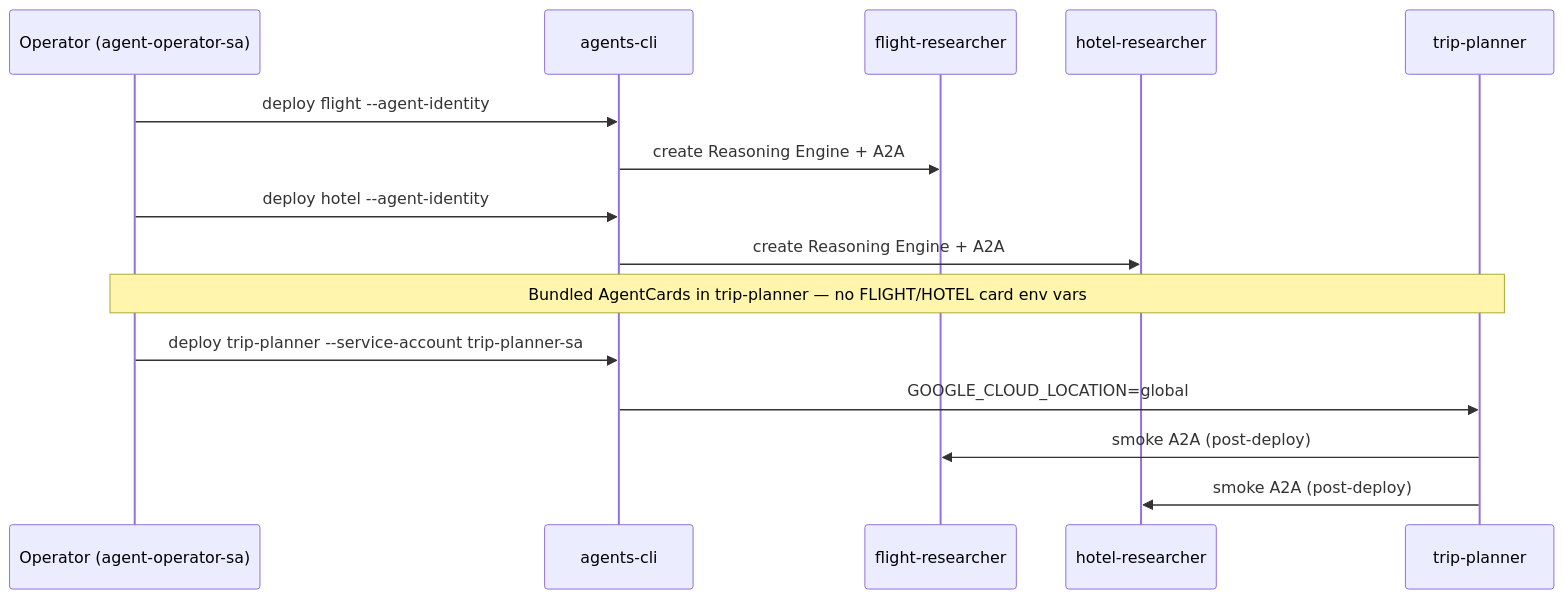
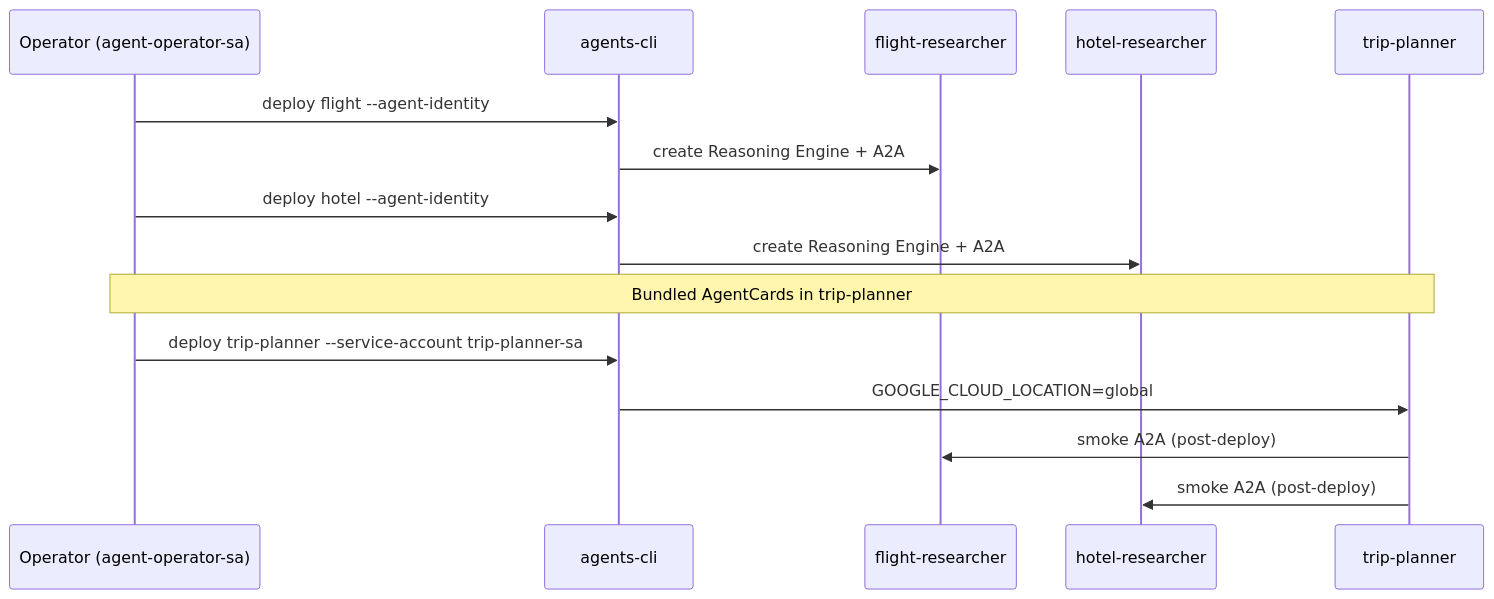
The second of 2 diagrams in docs/guides/02-iam-deploy.md (yu-iskw/agent-cli-demo), drawn with Mermaid before and after one commit. The commit also changed other lines of this file and 5 other files, not shown here.

````diff
--- a/docs/guides/02-iam-deploy.md
+++ b/docs/guides/02-iam-deploy.md
@@ -61,18 +134,18 @@
 ```mermaid
 sequenceDiagram
   participant Op as Operator (agent-operator-sa)
   participant CLI as agents-cli
   participant FR as flight-researcher
   participant HR as hotel-researcher
   participant TP as trip-planner
 
   Op->>CLI: deploy flight --agent-identity
   CLI->>FR: create Reasoning Engine + A2A
   Op->>CLI: deploy hotel --agent-identity
   CLI->>HR: create Reasoning Engine + A2A
-  Note over Op,TP: Bundled AgentCards in trip-planner — no FLIGHT/HOTEL card env vars
+  Note over Op,TP: Bundled AgentCards in trip-planner
   Op->>CLI: deploy trip-planner --service-account trip-planner-sa
   CLI->>TP: GOOGLE_CLOUD_LOCATION=global
   TP->>FR: smoke A2A (post-deploy)
   TP->>HR: smoke A2A (post-deploy)
 ```
````
